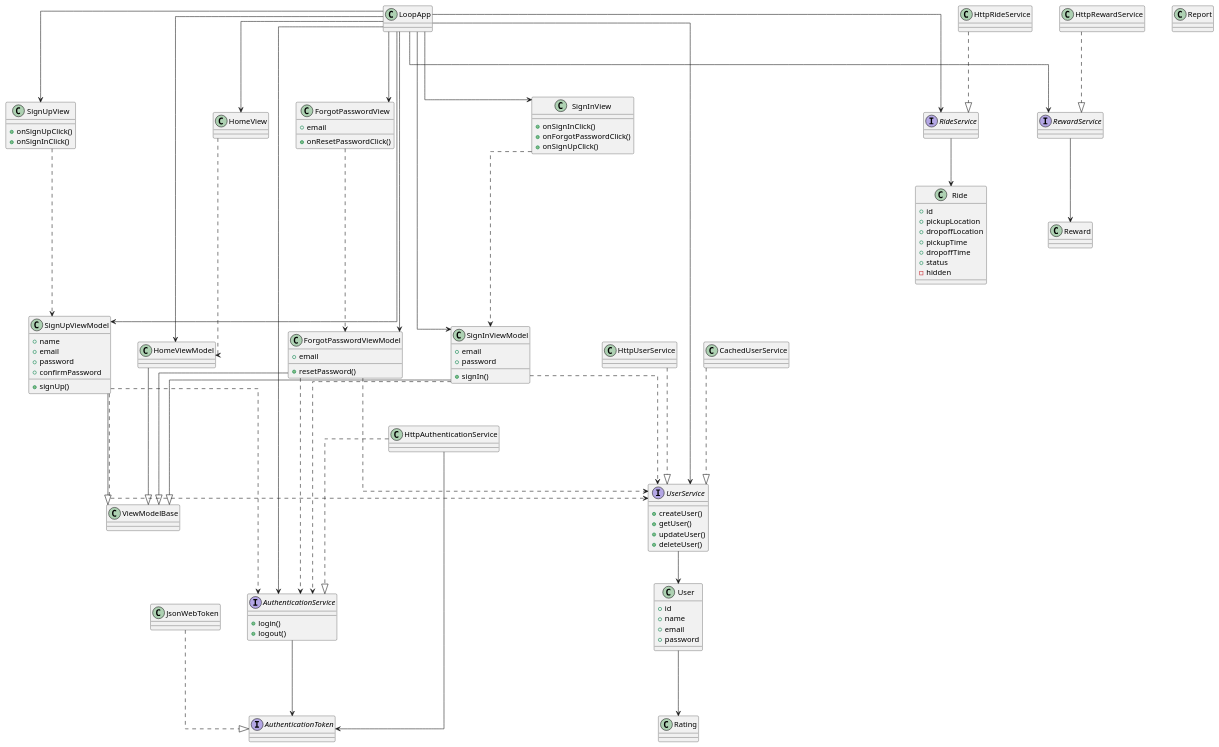
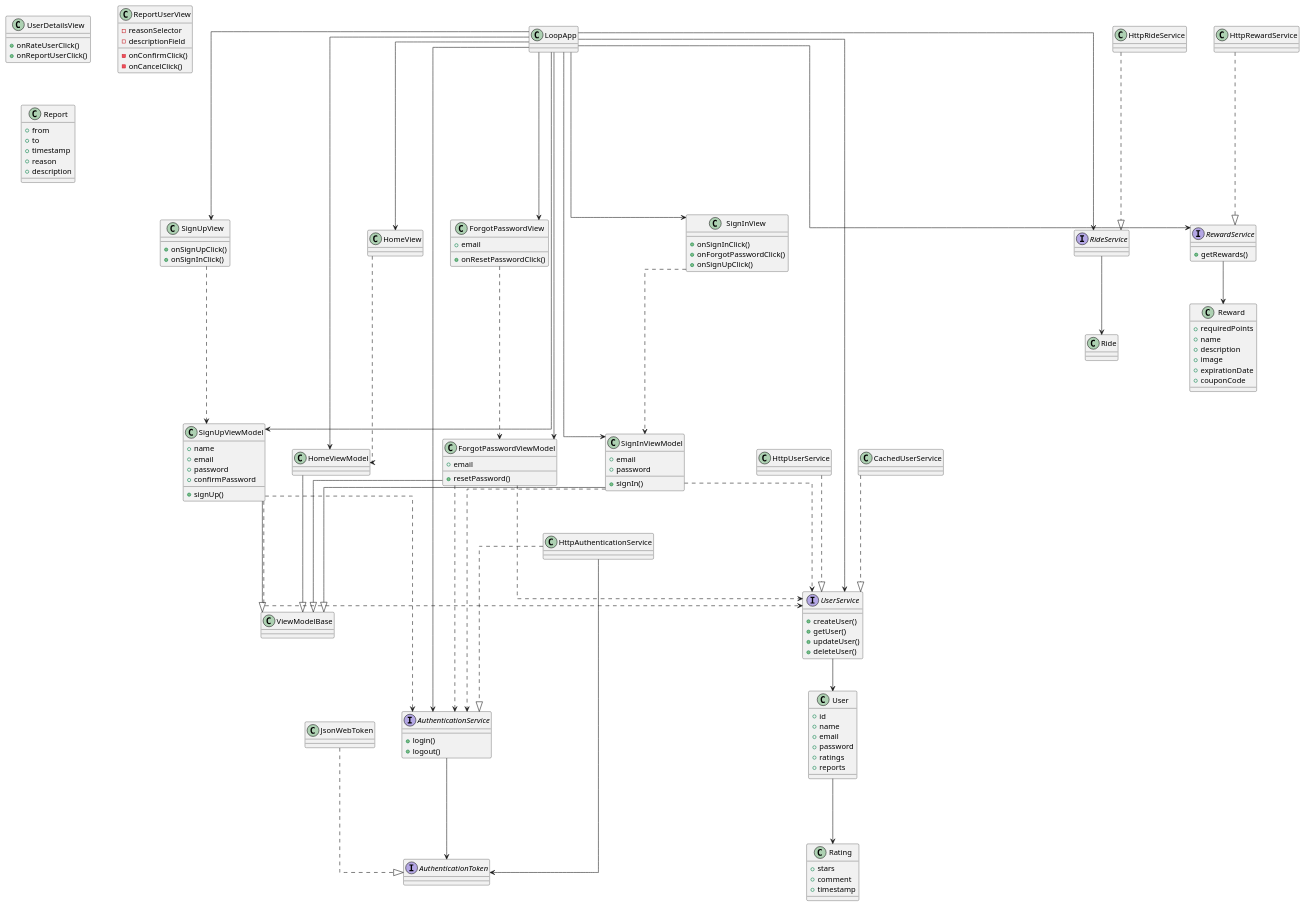
Before and after one commit to YannisRavasopoulos/ProjectSD_S6: the diagram in reports/class-diagram.plantuml, drawn with PlantUML.

Commit message:
Class diagram improvements

```diff
--- a/reports/class-diagram.plantuml
+++ b/reports/class-diagram.plantuml
@@ -1,174 +1,193 @@
 @startuml
 skinparam linetype ortho
 skinparam nodesep 50
 
 
 LoopApp ---> SignInView
 LoopApp ---> SignUpView
 LoopApp ---> ForgotPasswordView
 LoopApp ---> SignInViewModel
 LoopApp ---> SignUpViewModel
 LoopApp ---> ForgotPasswordViewModel
 LoopApp ---> HomeView
 LoopApp ---> HomeViewModel
 LoopApp ---> AuthenticationService
 LoopApp ---> UserService
 LoopApp ---> RideService
 LoopApp ---> RewardService
 
 JsonWebToken ...|> AuthenticationToken
 
 AuthenticationService ---> AuthenticationToken
 HttpAuthenticationService ---> AuthenticationToken
 UserService --> User
 RideService --> Ride
 RewardService --> Reward
 
 SignInViewModel ---|> ViewModelBase
 SignUpViewModel ---|> ViewModelBase
 ForgotPasswordViewModel ---|> ViewModelBase
 HomeViewModel ---|> ViewModelBase
 
 SignInView ...> SignInViewModel
 SignInViewModel ....> AuthenticationService
 SignInViewModel ..> UserService
 
 SignUpView ...> SignUpViewModel
 SignUpViewModel ...> AuthenticationService
 SignUpViewModel ...> UserService
 
 ForgotPasswordView ...> ForgotPasswordViewModel
 ForgotPasswordViewModel ...> AuthenticationService
 ForgotPasswordViewModel ...> UserService
 
 HomeView ...> HomeViewModel
 
 HttpUserService ...|> UserService
 CachedUserService ...|> UserService
 HttpAuthenticationService ...|> AuthenticationService
 HttpRideService ...|> RideService
 HttpRewardService ...|> RewardService
 
 User ---> Rating
 
 
 class LoopApp {
 
 }
 
 class ViewModelBase {
 
 }
 
 class RideService {
 
 }
 
 class SignInView {
     +onSignInClick()
     +onForgotPasswordClick()
     +onSignUpClick()
 }
 
 class SignInViewModel {
     +email
     +password
     +signIn()
 }
 
 class SignUpView {
     +onSignUpClick()
     +onSignInClick()
 }
 
 class SignUpViewModel {
     +name
     +email
     +password
     +confirmPassword
     +signUp()
 }
 
 class ForgotPasswordView {
     +email
     +onResetPasswordClick()
 }
 
 class ForgotPasswordViewModel {
     +email
     +resetPassword()
 }
 
 class HomeView {
 
 }
 
 class HomeViewModel {
 }
 
 interface AuthenticationService {
     +login()
     +logout()
 }
 
 interface UserService {
     +createUser()
     +getUser()
     +updateUser()
     +deleteUser()
 }
 
 interface AuthenticationToken {
 
 }
 
 class CachedUserService {
 }
 
 class JsonWebToken {
 }
 
 class HttpRideService {
 }
 
 class HttpRewardService {
 }
 
 interface RideService {
 
 }
 
 interface RewardService {
+    +getRewards()
 }
 
 class Reward {
+    +requiredPoints
+    +name
+    +description
+    +image
+    +expirationDate
+    +couponCode
+}
 
+class UserDetailsView {
+    +onRateUserClick()
+    +onReportUserClick()
+}
+
+class ReportUserView {
+    -reasonSelector
+    -descriptionField
+    -onConfirmClick()
+    -onCancelClick()
 }
 
 class Rating {
-
+    +stars
+    +comment
+    +timestamp
 }
 
 class Report {
-
+    +from
+    +to
+    +timestamp
+    +reason
+    +description
 }
 
 class User {
     +id
     +name
     +email
     +password
+    +ratings
+    +reports
 }
 
 class Ride {
-    +id
-    +pickupLocation
-    +dropoffLocation
-    +pickupTime
-    +dropoffTime
-    +status
-    -hidden
 }
 
 
 @enduml
```
